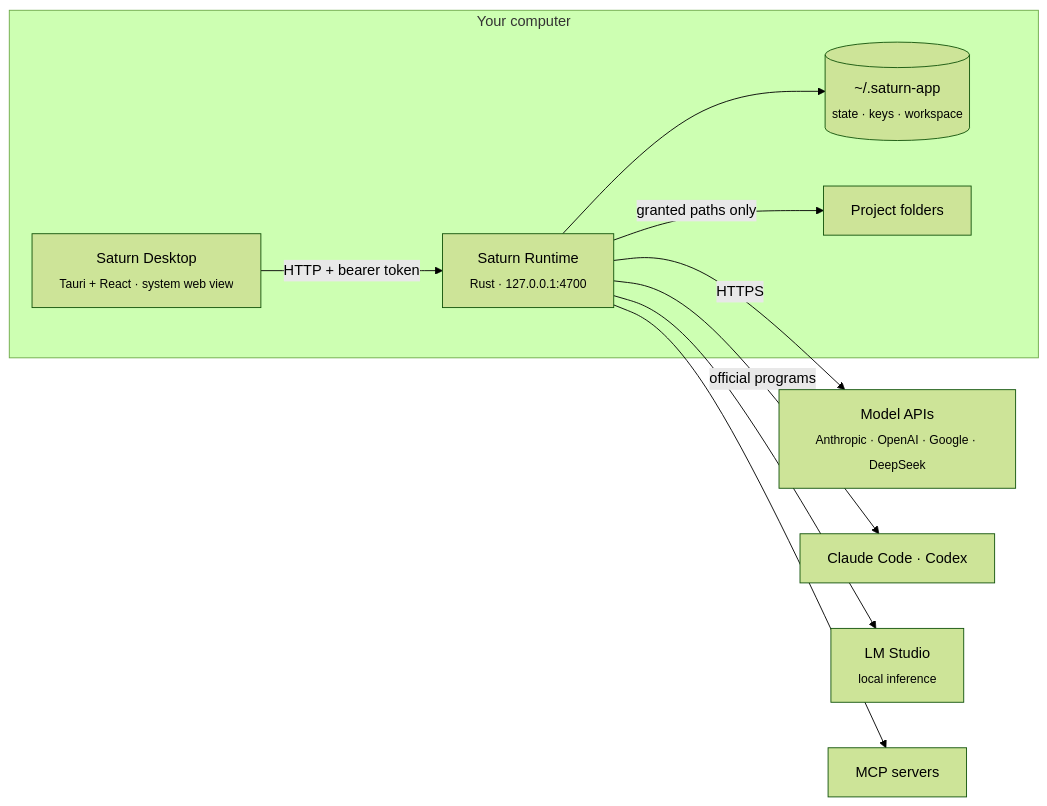
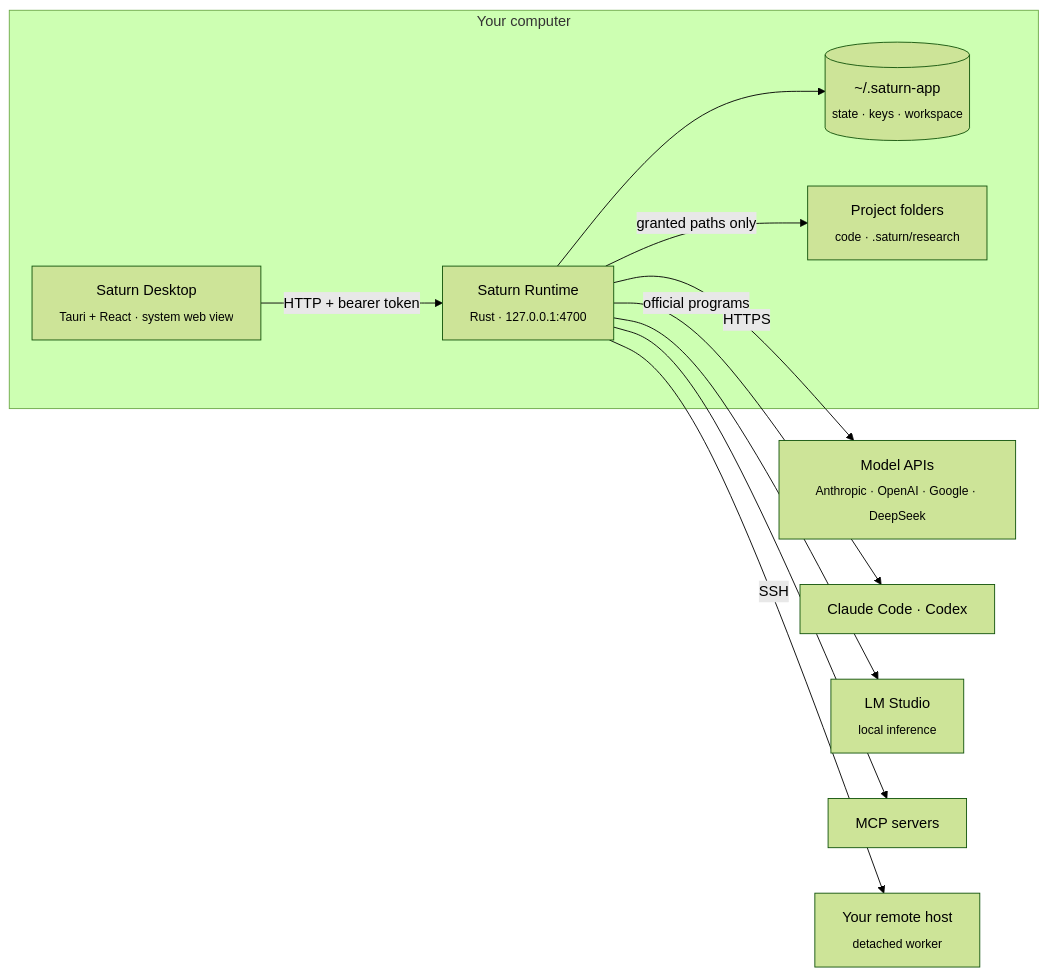
One commit to Saturn-Technology-Project/Saturn-App changed the diagram in README.md. Above: the diagram before and after it, drawn with Mermaid (forest theme). The commit also changed other lines of this file and 6 other files, not shown here.

````diff
--- a/README.md
+++ b/README.md
@@ -171,16 +155,17 @@
 ```mermaid
 flowchart LR
   subgraph Machine["Your computer"]
     D["Saturn Desktop<br/><sub>Tauri + React · system web view</sub>"]
     R["Saturn Runtime<br/><sub>Rust · 127.0.0.1:4700</sub>"]
     S[("~/.saturn-app<br/><sub>state · keys · workspace</sub>")]
-    P["Project folders"]
+    P["Project folders<br/><sub>code · .saturn/research</sub>"]
     D -- "HTTP + bearer token" --> R
     R --> S
     R -- "granted paths only" --> P
   end
   R -- "HTTPS" --> M["Model APIs<br/><sub>Anthropic · OpenAI · Google · DeepSeek</sub>"]
   R -- "official programs" --> C["Claude Code · Codex"]
   R --> L["LM Studio<br/><sub>local inference</sub>"]
   R --> X["MCP servers"]
+  R -- "SSH" --> H["Your remote host<br/><sub>detached worker</sub>"]
 ```
````
